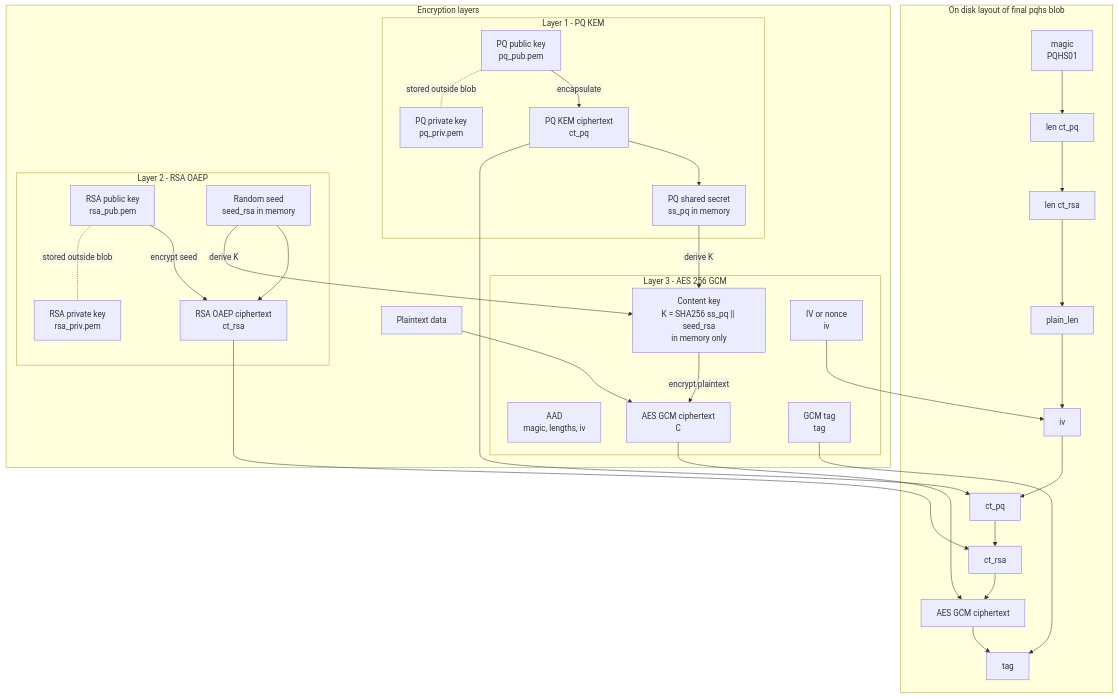
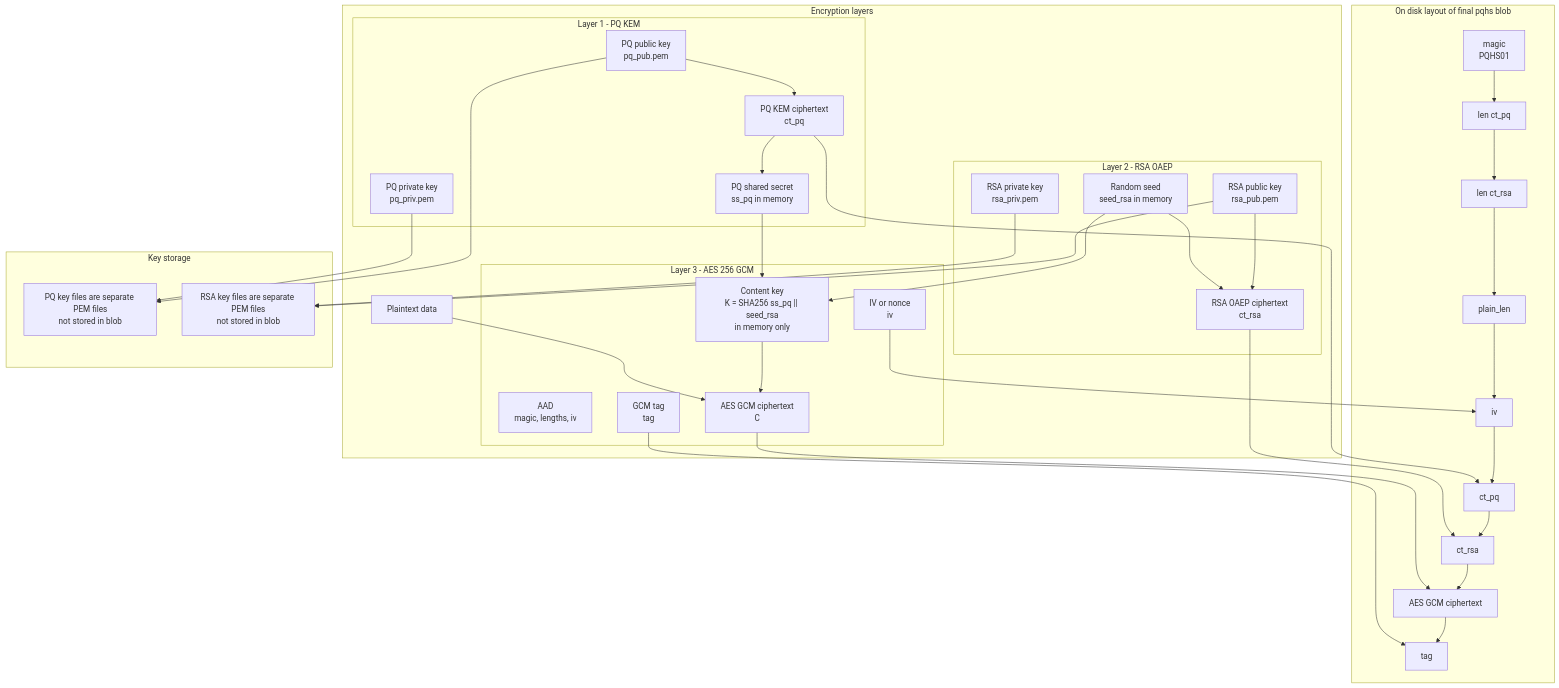
The third of 5 diagrams in README.md (wordswords/stoic), drawn with Mermaid before and after one commit. The commit also changed other lines of this file, not shown here.

````diff
--- a/README.md
+++ b/README.md
@@ -966,57 +967,63 @@
 ```mermaid
-%%{init: {"flowchart": {"htmlLabels": false}} }%%
 flowchart TD
     subgraph Layers["Encryption layers"]
         P["Plaintext data"]
 
         subgraph L1["Layer 1 - PQ KEM"]
             PQPUB["PQ public key\npq_pub.pem"]
             PQPRIV["PQ private key\npq_priv.pem"]
             PQCT["PQ KEM ciphertext\nct_pq"]
             PQSS["PQ shared secret\nss_pq in memory"]
         end
 
         subgraph L2["Layer 2 - RSA OAEP"]
             RSAPUB["RSA public key\nrsa_pub.pem"]
             RSAPRIV["RSA private key\nrsa_priv.pem"]
             RSASEED["Random seed\nseed_rsa in memory"]
             RSACT["RSA OAEP ciphertext\nct_rsa"]
         end
 
         subgraph L3["Layer 3 - AES 256 GCM"]
             KEY["Content key\nK = SHA256 ss_pq || seed_rsa\nin memory only"]
             IV["IV or nonce\niv"]
             AAD["AAD\nmagic, lengths, iv"]
             CIPH["AES GCM ciphertext\nC"]
             TAG["GCM tag\ntag"]
         end
     end
 
     subgraph Blob["On disk layout of final pqhs blob"]
         M["magic\nPQHS01"] --> LQ["len ct_pq"]
         LQ --> LR["len ct_rsa"]
         LR --> PL["plain_len"]
         PL --> BIV["iv"]
         BIV --> BPQ["ct_pq"]
         BPQ --> BRSA["ct_rsa"]
         BRSA --> BC["AES GCM ciphertext"]
         BC --> BT["tag"]
     end
 
-    PQPUB -->|encapsulate| PQCT
+    subgraph Storage["Key storage"]
+        KS1["PQ key files are separate PEM files\nnot stored in blob"]
+        KS2["RSA key files are separate PEM files\nnot stored in blob"]
+    end
+
+    PQPUB --> PQCT
     PQCT --> PQSS
-    RSAPUB -->|encrypt seed| RSACT
+    RSAPUB --> RSACT
     RSASEED --> RSACT
-    PQSS -->|derive K| KEY
-    RSASEED -->|derive K| KEY
-    KEY -->|encrypt plaintext| CIPH
+    PQSS --> KEY
+    RSASEED --> KEY
+    KEY --> CIPH
     P --> CIPH
     IV --> BIV
     PQCT --> BPQ
     RSACT --> BRSA
     CIPH --> BC
     TAG --> BT
 
-    PQPUB -. "stored outside blob" .- PQPRIV
-    RSAPUB -. "stored outside blob" .- RSAPRIV
+    PQPUB --> KS1
+    PQPRIV --> KS1
+    RSAPUB --> KS2
+    RSAPRIV --> KS2
 ```
````
